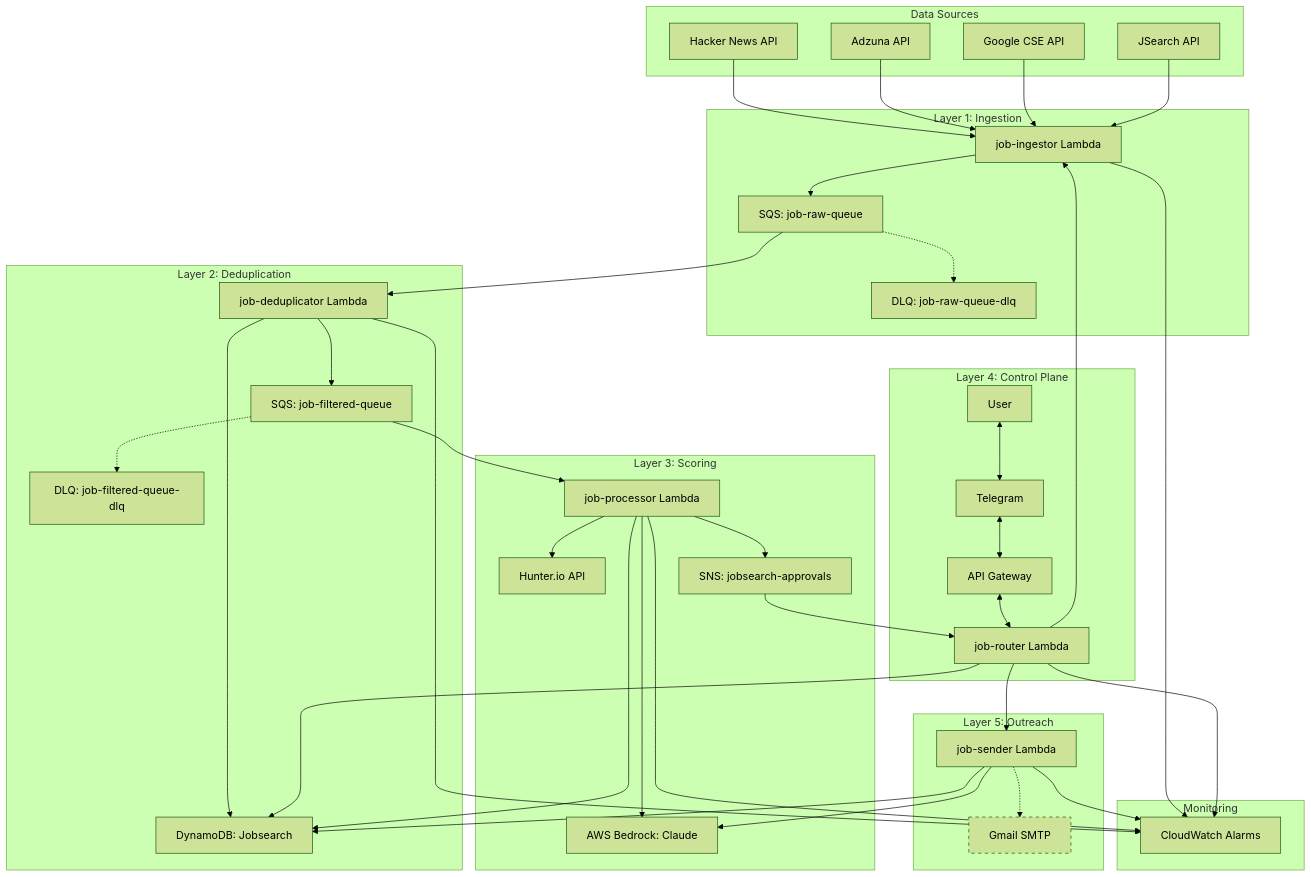
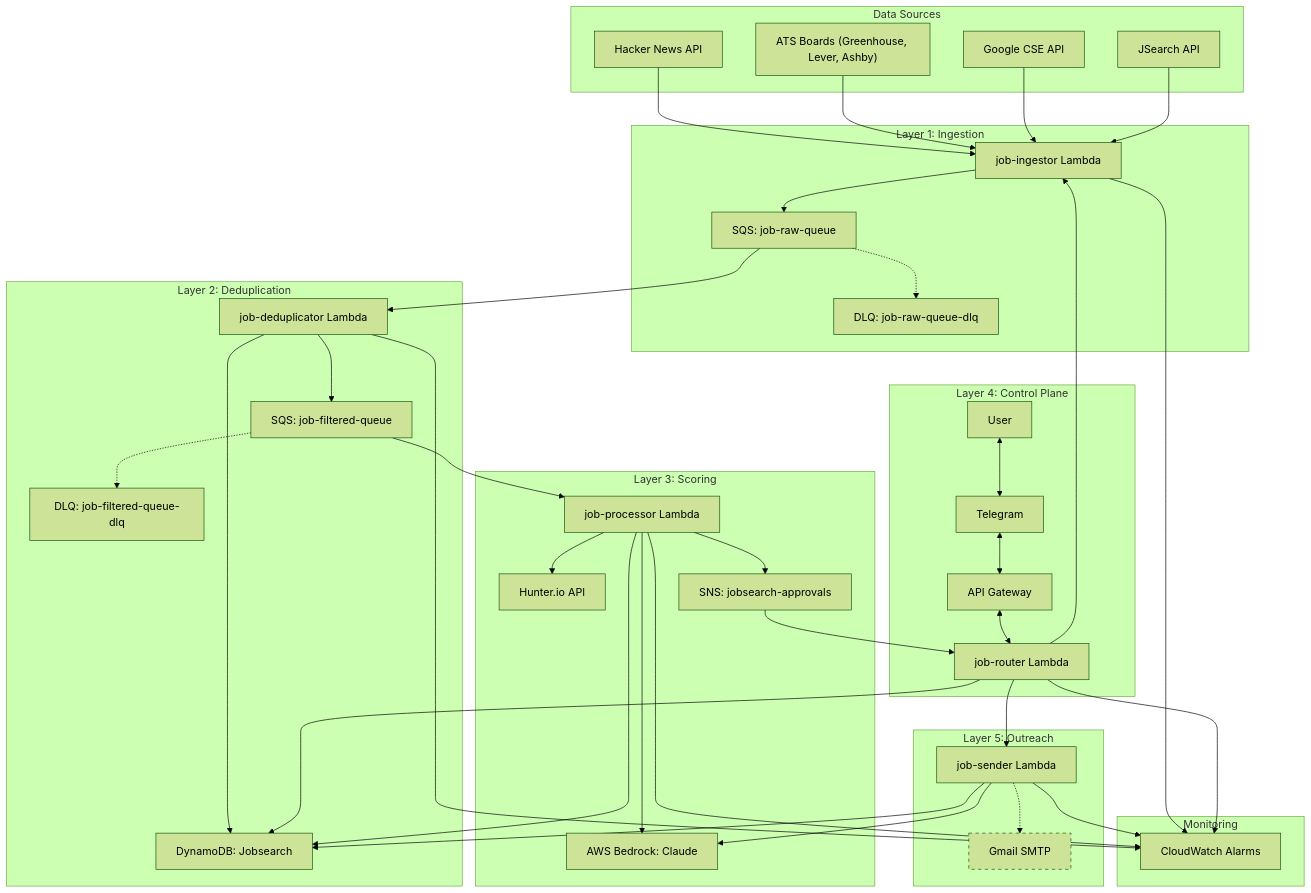
One commit to Nites-24/jobhunt changed the first of 7 diagrams in docs/architecture_diagrams.md. Above: the diagram before and after it, drawn with Mermaid (forest theme). The commit also changed other lines of this file and 6 other files, not shown here.

Commit message:
docs(showcase): update README, AGENTS, SECURITY, and CHANGELOG with current architecture

````diff
--- a/docs/architecture_diagrams.md
+++ b/docs/architecture_diagrams.md
@@ -5,59 +5,59 @@
 ```mermaid
 graph TD
     subgraph "Data Sources"
         HN["Hacker News API"]
-        ADZ["Adzuna API"]
+        ATS["ATS Boards (Greenhouse, Lever, Ashby)"]
         GCSE["Google CSE API"]
         JS["JSearch API"]
     end
 
     subgraph "Layer 1: Ingestion"
         ING["job-ingestor Lambda"]
         HN --> ING
-        ADZ --> ING
+        ATS --> ING
         GCSE --> ING
         JS --> ING
         ING --> SQS_RAW["SQS: job-raw-queue"]
         SQS_RAW_DLQ["DLQ: job-raw-queue-dlq"]
         SQS_RAW -.-> SQS_RAW_DLQ
     end
 
     subgraph "Layer 2: Deduplication"
         SQS_RAW --> DEDUP["job-deduplicator Lambda"]
         DEDUP --> DB["DynamoDB: Jobsearch"]
         DEDUP --> SQS_FILT["SQS: job-filtered-queue"]
         SQS_FILT_DLQ["DLQ: job-filtered-queue-dlq"]
         SQS_FILT -.-> SQS_FILT_DLQ
     end
 
     subgraph "Layer 3: Scoring"
         SQS_FILT --> PROC["job-processor Lambda"]
         PROC --> BEDROCK["AWS Bedrock: Claude"]
         PROC --> HUNTER["Hunter.io API"]
         PROC --> DB
         PROC --> SNS["SNS: jobsearch-approvals"]
     end
 
     subgraph "Layer 4: Control Plane"
         USER["User"] <--> TG["Telegram"]
         TG <--> APIGW["API Gateway"]
         APIGW <--> ROUTER["job-router Lambda"]
         SNS --> ROUTER
         ROUTER --> DB
         ROUTER --> ING
     end
 
     subgraph "Layer 5: Outreach"
         ROUTER --> SENDER["job-sender Lambda"]
         SENDER --> BEDROCK
         SENDER --> DB
         SENDER -.-> GMAIL["Gmail SMTP"]
     end
 
     subgraph "Monitoring"
         CW["CloudWatch Alarms"]
         ING & DEDUP & PROC & ROUTER & SENDER --> CW
     end
 
     style GMAIL stroke-dasharray: 5 5
 ```
````
